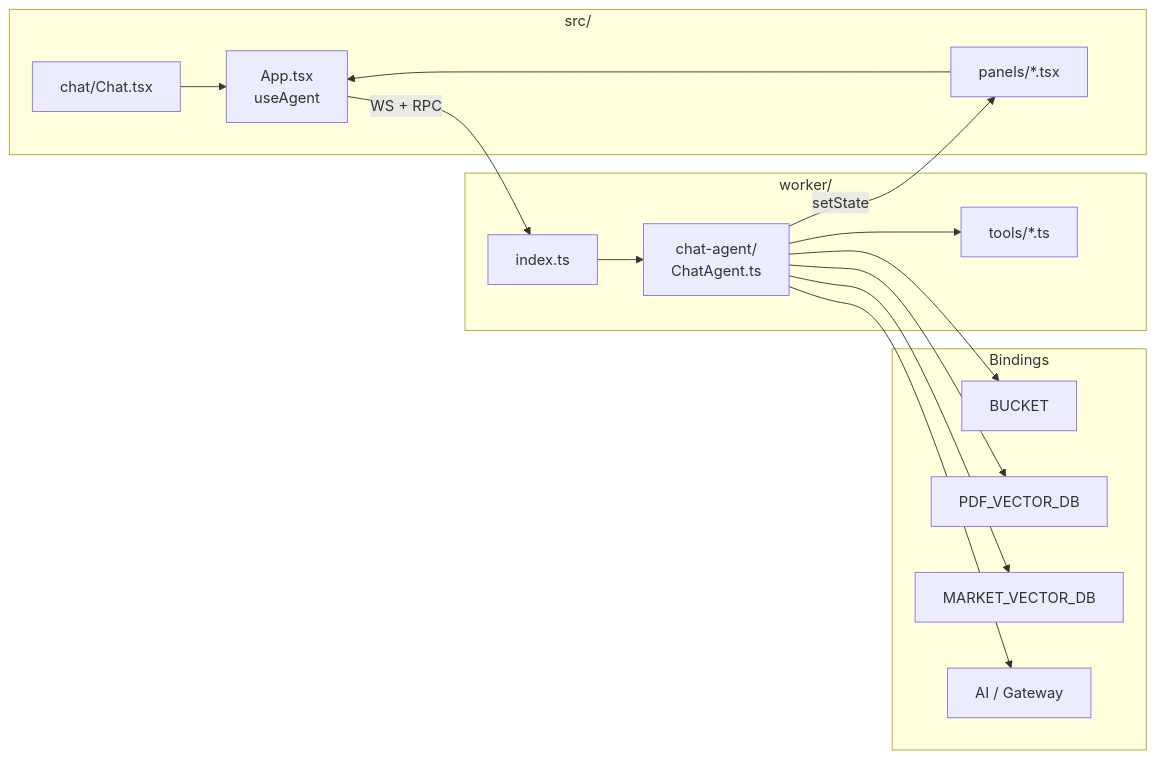
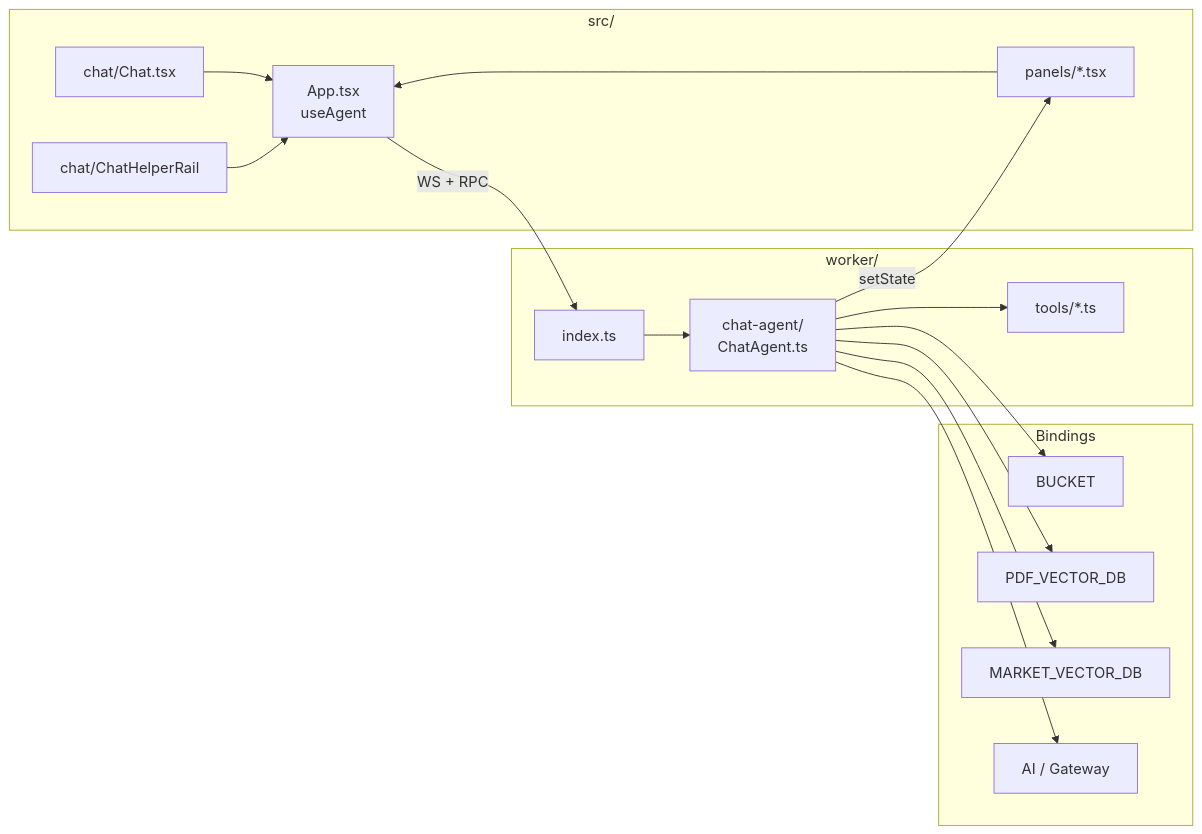
One commit to Jinu-hub/jinu-agent-nexus changed the first of 2 diagrams in docs/CLAUDE.md. Above: the diagram before and after it, drawn with Mermaid. The commit also changed other lines of this file and 12 other files, not shown here.

First line of the commit message:
feat(chat): add home left helper rail for Topics and Ask prompts

````diff
--- a/docs/CLAUDE.md
+++ b/docs/CLAUDE.md
@@ -61,32 +61,34 @@
 ```mermaid
 flowchart LR
   subgraph FE["src/"]
     App["App.tsx\nuseAgent"]
     Chat["chat/Chat.tsx"]
+    Helper["chat/ChatHelperRail"]
     Panels["panels/*.tsx"]
   end
 
   subgraph WK["worker/"]
     Index["index.ts"]
     Agent["chat-agent/\nChatAgent.ts"]
     Tools["tools/*.ts"]
   end
 
   subgraph CF["Bindings"]
     R2["BUCKET"]
     VDB["PDF_VECTOR_DB"]
     MVDB["MARKET_VECTOR_DB"]
     AI["AI / Gateway"]
   end
 
   Chat --> App
+  Helper --> App
   Panels --> App
   App -->|"WS + RPC"| Index
   Index --> Agent
   Agent --> Tools
   Agent --> R2
   Agent --> VDB
   Agent --> MVDB
   Agent --> AI
   Agent -->|"setState"| Panels
 ```
````
